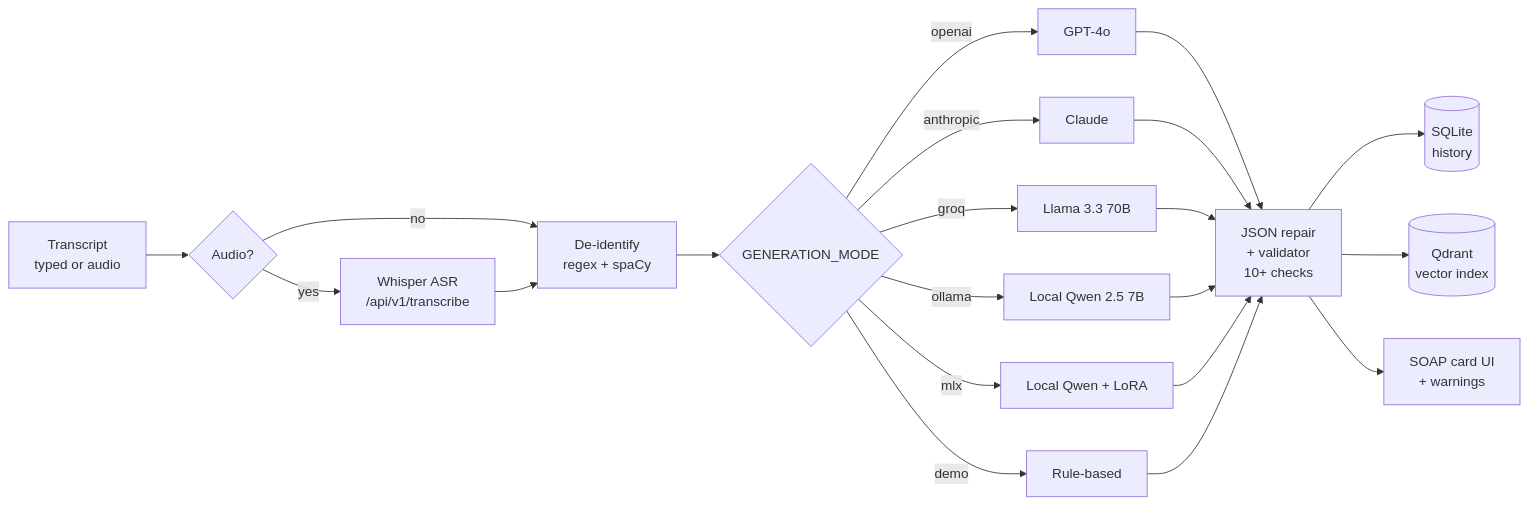
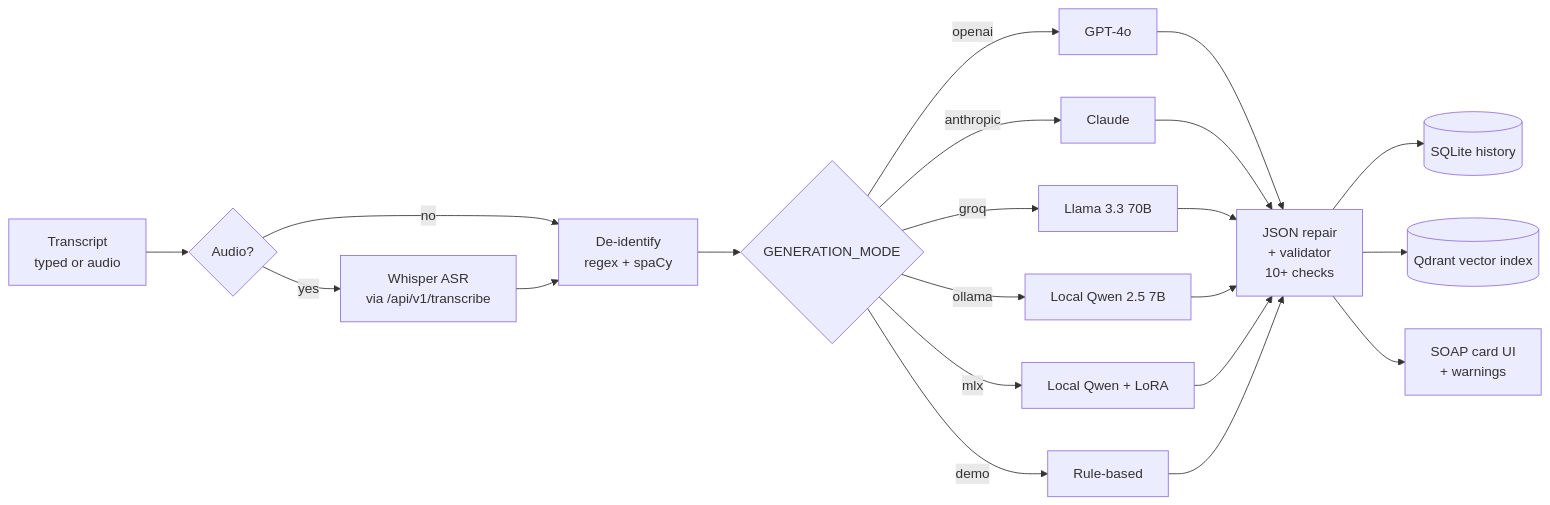
One commit to sushildalavi/SOAPFlow-Clinical-Transcript-to-SOAP-Note-Platform changed the first of 6 diagrams in README.md. Above: the diagram before and after it, drawn with Mermaid. The commit also changed other lines of this file, not shown here.

Commit message:
harden mermaid: drop xychart-beta (was failing chunk-load), quote cylinder labels, depara sequence diagrams

````diff
--- a/README.md
+++ b/README.md
@@ -55,18 +55,18 @@
 ```mermaid
 flowchart LR
-    A[Transcript<br/>typed or audio] --> B{Audio?}
-    B -- yes --> C[Whisper ASR<br/>/api/v1/transcribe]
-    B -- no --> D[De-identify<br/>regex + spaCy]
+    A["Transcript<br/>typed or audio"] --> B{Audio?}
+    B -- yes --> C["Whisper ASR<br/>via /api/v1/transcribe"]
+    B -- no --> D["De-identify<br/>regex + spaCy"]
     C --> D
     D --> E{GENERATION_MODE}
     E -->|openai| F1[GPT-4o]
     E -->|anthropic| F2[Claude]
     E -->|groq| F3[Llama 3.3 70B]
     E -->|ollama| F4[Local Qwen 2.5 7B]
     E -->|mlx| F5[Local Qwen + LoRA]
     E -->|demo| F6[Rule-based]
-    F1 & F2 & F3 & F4 & F5 & F6 --> G[JSON repair<br/>+ validator<br/>10+ checks]
-    G --> H[(SQLite<br/>history)]
-    G --> I[(Qdrant<br/>vector index)]
-    G --> J[SOAP card UI<br/>+ warnings]
+    F1 & F2 & F3 & F4 & F5 & F6 --> G["JSON repair<br/>+ validator<br/>10+ checks"]
+    G --> H[("SQLite history")]
+    G --> I[("Qdrant vector index")]
+    G --> J["SOAP card UI<br/>+ warnings"]
 ```
````
